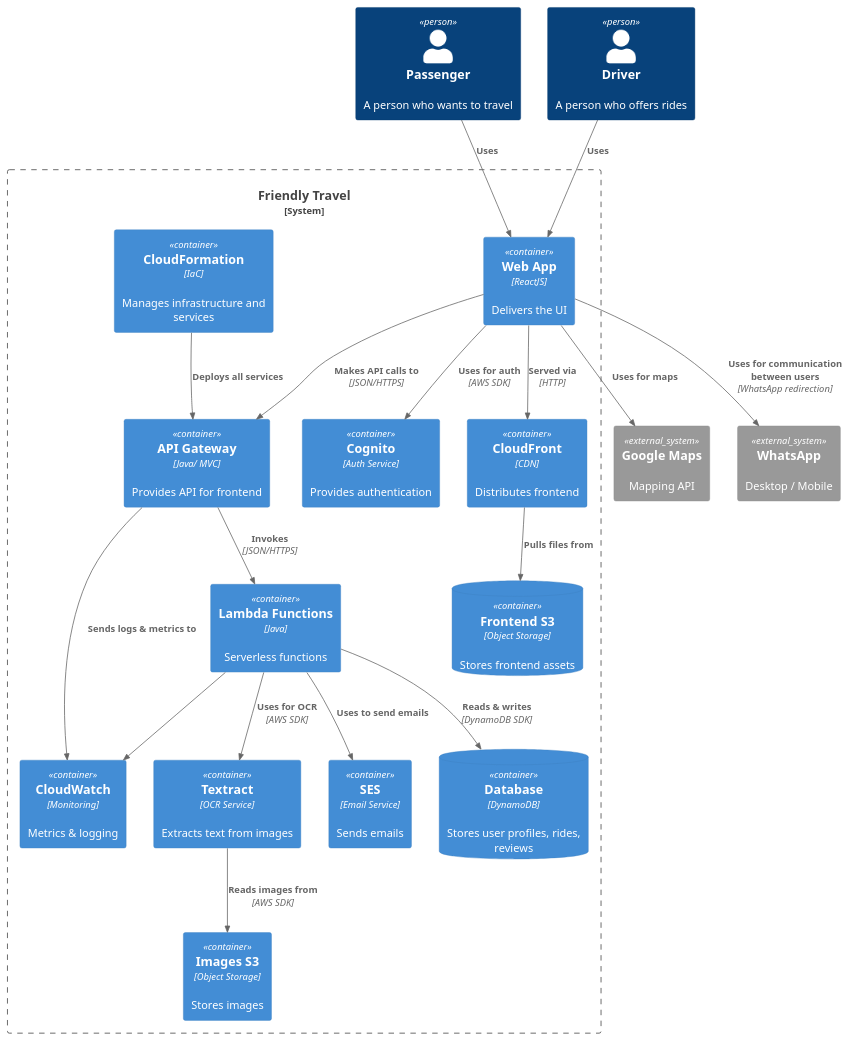
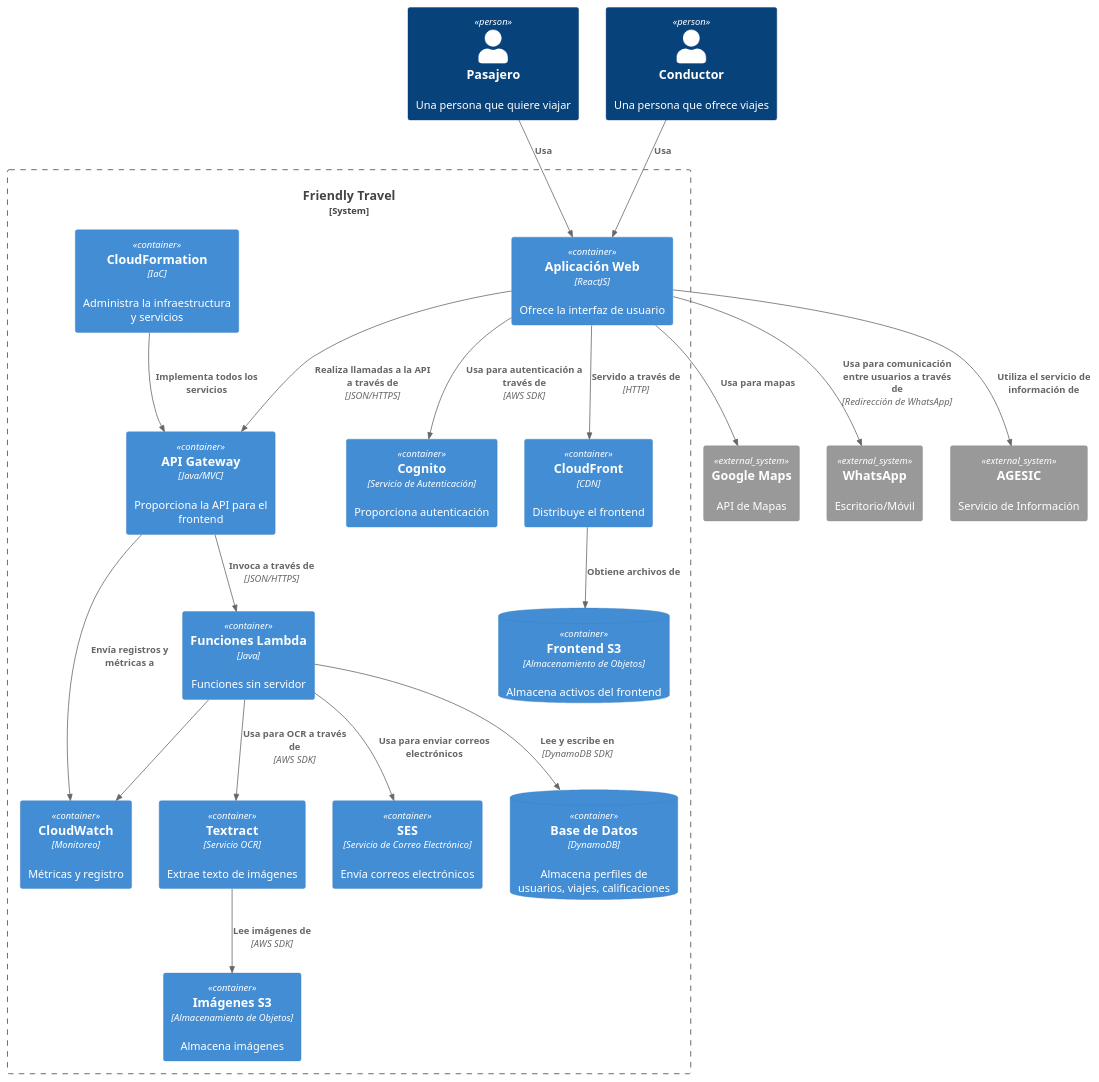
Before and after one commit to rodrisu/friendlytravel.github.io: the diagram in Diagrams/C4_Container.puml, drawn with PlantUML. The commit also changed 27 other files, not shown here.

```diff
--- a/Diagrams/C4_Container.puml
+++ b/Diagrams/C4_Container.puml
@@ -1,69 +1,71 @@
 @startuml FriendlyTravel_Container
 
 !include https://raw.githubusercontent.com/plantuml-stdlib/C4-PlantUML/master/C4_Container.puml
 
-Person(passenger, "Passenger", "A person who wants to travel")
-Person(driver, "Driver", "A person who offers rides")
+Person(pasajero, "Pasajero", "Una persona que quiere viajar")
+Person(conductor, "Conductor", "Una persona que ofrece viajes")
 
 System_Boundary(c1, "Friendly Travel") {
 
-    ContainerDb(frontend_s3, "Frontend S3", "Object Storage", "Stores frontend assets")
+    ContainerDb(frontend_s3, "Frontend S3", "Almacenamiento de Objetos", "Almacena activos del frontend")
 
-    Container(cloudfront, "CloudFront", "CDN", "Distributes frontend")
+    Container(cloudfront, "CloudFront", "CDN", "Distribuye el frontend")
 
-    Container(web_app, "Web App", "ReactJS", "Delivers the UI")
+    Container(web_app, "Aplicación Web", "ReactJS", "Ofrece la interfaz de usuario")
 
-    Container(api, "API Gateway", "Java/ MVC", "Provides API for frontend")
+    Container(api, "API Gateway", "Java/MVC", "Proporciona la API para el frontend")
 
-    ContainerDb(db, "Database", "DynamoDB", "Stores user profiles, rides, reviews")
+    ContainerDb(db, "Base de Datos", "DynamoDB", "Almacena perfiles de usuarios, viajes, calificaciones")
 
-    Container(lambda, "Lambda Functions", "Java", "Serverless functions")
+    Container(lambda, "Funciones Lambda", "Java", "Funciones sin servidor")
 
-    Container(textract, "Textract", "OCR Service", "Extracts text from images")
+    Container(textract, "Textract", "Servicio OCR", "Extrae texto de imágenes")
 
-    Container(images_s3, "Images S3", "Object Storage", "Stores images")
+    Container(images_s3, "Imágenes S3", "Almacenamiento de Objetos", "Almacena imágenes")
 
-    Container(cognito, "Cognito", "Auth Service", "Provides authentication")
+    Container(cognito, "Cognito", "Servicio de Autenticación", "Proporciona autenticación")
 
-    Container(cloudwatch, "CloudWatch", "Monitoring", "Metrics & logging")
+    Container(cloudwatch, "CloudWatch", "Monitoreo", "Métricas y registro")
 
-    Container(ses, "SES", "Email Service", "Sends emails")
+    Container(ses, "SES", "Servicio de Correo Electrónico", "Envía correos electrónicos")
 
-    Container(cloudformation, "CloudFormation", "IaC", "Manages infrastructure and services")
+    Container(cloudformation, "CloudFormation", "IaC", "Administra la infraestructura y servicios")
 
-    Rel(web_app, cloudfront, "Served via", "HTTP")
+    Rel(web_app, cloudfront, "Servido a través de", "HTTP")
 
-    Rel(cloudfront, frontend_s3, "Pulls files from")
+    Rel(cloudfront, frontend_s3, "Obtiene archivos de")
 
-    Rel(web_app, api, "Makes API calls to", "JSON/HTTPS")
+    Rel(web_app, api, "Realiza llamadas a la API a través de", "JSON/HTTPS")
 
-    Rel(web_app, cognito, "Uses for auth", "AWS SDK")
+    Rel(web_app, cognito, "Usa para autenticación a través de", "AWS SDK")
 
-    Rel(api, lambda, "Invokes", "JSON/HTTPS")
+    Rel(api, lambda, "Invoca a través de", "JSON/HTTPS")
 
-    Rel(lambda, textract, "Uses for OCR", "AWS SDK")
+    Rel(lambda, textract, "Usa para OCR a través de", "AWS SDK")
 
-    Rel(textract, images_s3, "Reads images from", "AWS SDK")
+    Rel(textract, images_s3, "Lee imágenes de", "AWS SDK")
 
-    Rel(lambda, db, "Reads & writes", "DynamoDB SDK")
+    Rel(lambda, db, "Lee y escribe en", "DynamoDB SDK")
 
     Rel(lambda, cloudwatch, "")
 
-    Rel(api, cloudwatch, "Sends logs & metrics to")
+    Rel(api, cloudwatch, "Envía registros y métricas a")
 
-    Rel(lambda, ses, "Uses to send emails")
+    Rel(lambda, ses, "Usa para enviar correos electrónicos")
 
-    Rel(cloudformation, api, "Deploys all services")
+    Rel(cloudformation, api, "Implementa todos los servicios")
 
 }
 
-System_Ext(googlemaps, "Google Maps", "Mapping API")
-System_Ext(whatsapp, "WhatsApp", "Desktop / Mobile")
+System_Ext(googlemaps, "Google Maps", "API de Mapas")
+System_Ext(whatsapp, "WhatsApp", "Escritorio/Móvil")
+System_Ext(agesic, "AGESIC", "Servicio de Información")
 
-Rel(web_app, googlemaps, "Uses for maps")
-Rel(web_app, whatsapp, "Uses for communication between users", "WhatsApp redirection")
+Rel(web_app, googlemaps, "Usa para mapas")
+Rel(web_app, whatsapp, "Usa para comunicación entre usuarios a través de", "Redirección de WhatsApp")
+Rel(web_app, agesic, "Utiliza el servicio de información de")
 
-Rel(passenger, web_app, "Uses")
-Rel(driver, web_app, "Uses")
+Rel(pasajero, web_app, "Usa")
+Rel(conductor, web_app, "Usa")
 
 @enduml
```
